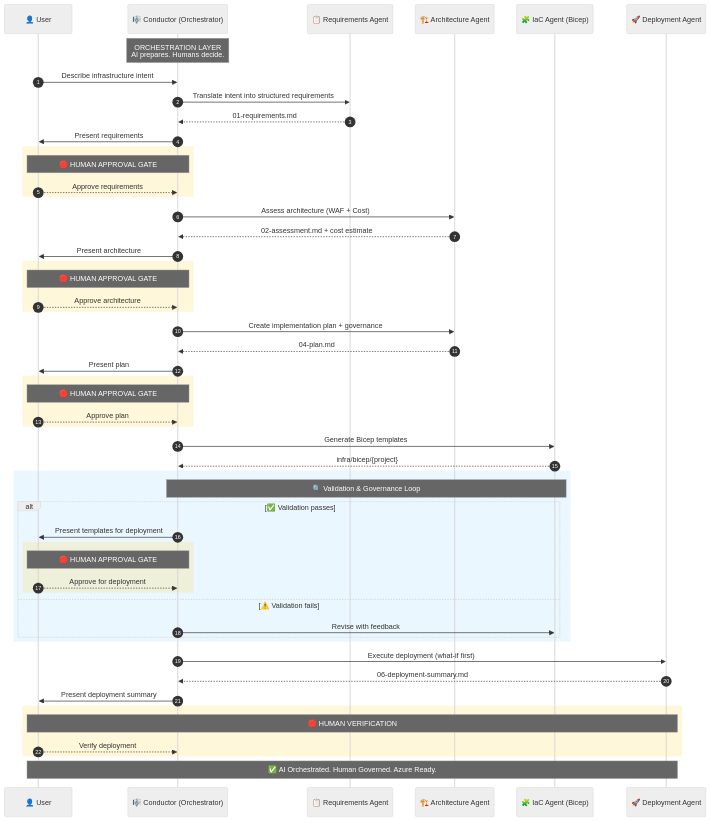
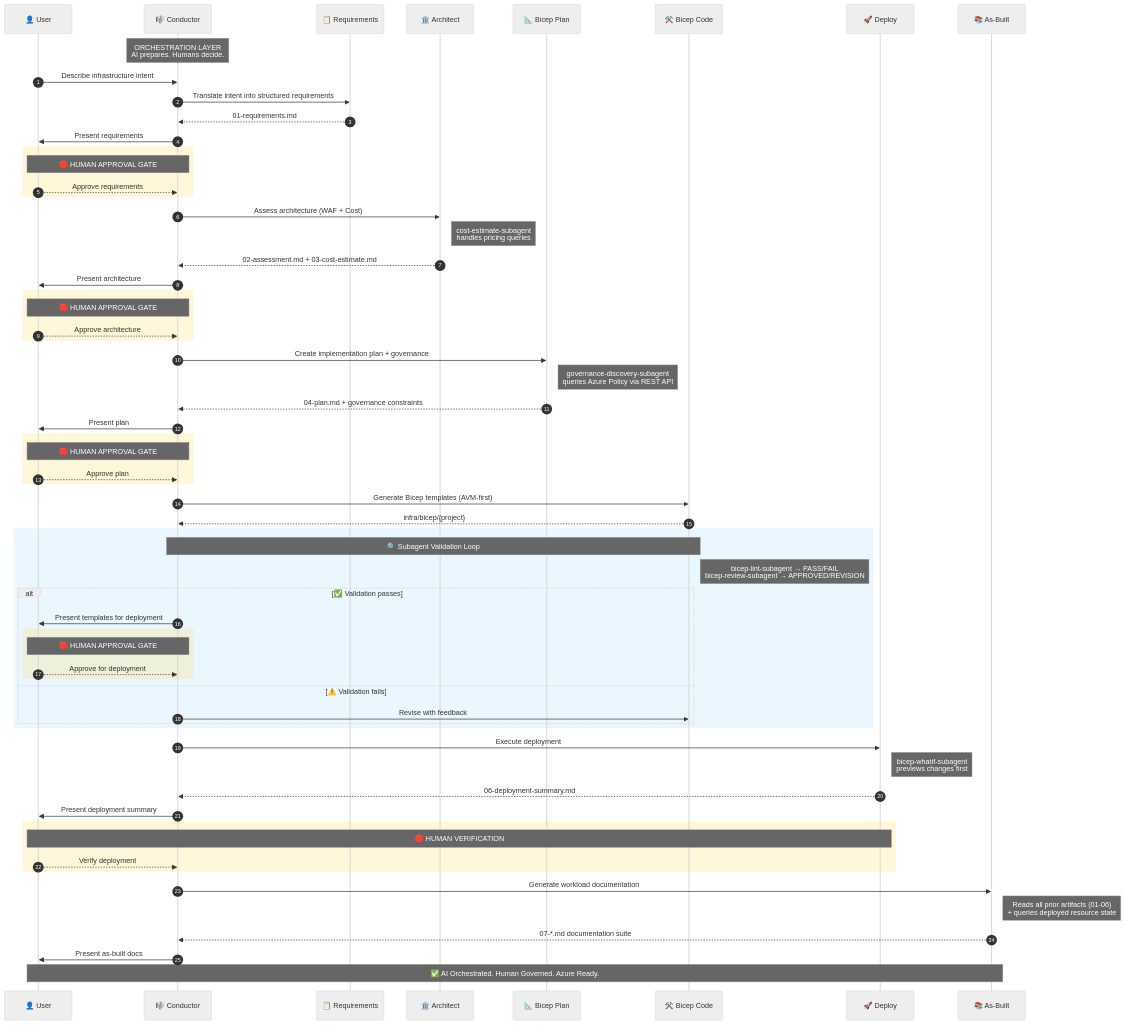
Before and after one commit to jonathan-vella/apex: the diagram in README.md, drawn with Mermaid (neutral theme). The commit also changed other lines of this file and 34 other files, not shown here.

````diff
--- a/README.md
+++ b/README.md
@@ -121,15 +121,17 @@
 sequenceDiagram
     autonumber
     participant U as 👤 User
-    participant C as 🎼 Conductor (Orchestrator)
-    participant R as 📋 Requirements Agent
-    participant A as 🏗️ Architecture Agent
-    participant B as 🧩 IaC Agent (Bicep)
-    participant D as 🚀 Deployment Agent
+    participant C as 🎼 Conductor
+    participant R as 📋 Requirements
+    participant A as 🏛️ Architect
+    participant P as 📐 Bicep Plan
+    participant B as ⚒️ Bicep Code
+    participant D as 🚀 Deploy
+    participant W as 📚 As-Built
 
     Note over C: ORCHESTRATION LAYER<br/>AI prepares. Humans decide.
 
-    %% --- Intent & Requirements ---
+    %% --- Step 1: Requirements ---
     U->>C: Describe infrastructure intent
     C->>R: Translate intent into structured requirements
     R-->>C: 01-requirements.md
@@ -140,9 +142,10 @@
     U-->>C: Approve requirements
     end
 
-    %% --- Architecture Assessment ---
+    %% --- Step 2: Architecture Assessment ---
     C->>A: Assess architecture (WAF + Cost)
-    A-->>C: 02-assessment.md + cost estimate
+    Note right of A: cost-estimate-subagent<br/>handles pricing queries
+    A-->>C: 02-assessment.md + 03-cost-estimate.md
     C->>U: Present architecture
 
     rect rgba(255, 200, 0, 0.15)
@@ -150,9 +153,10 @@
     U-->>C: Approve architecture
     end
 
-    %% --- Planning & Governance ---
-    C->>A: Create implementation plan + governance
-    A-->>C: 04-plan.md
+    %% --- Step 4: Planning & Governance ---
+    C->>P: Create implementation plan + governance
+    Note right of P: governance-discovery-subagent<br/>queries Azure Policy via REST API
+    P-->>C: 04-plan.md + governance constraints
     C->>U: Present plan
 
     rect rgba(255, 200, 0, 0.15)
@@ -160,13 +164,13 @@
     U-->>C: Approve plan
     end
 
-    %% --- IaC Generation ---
-    C->>B: Generate Bicep templates
+    %% --- Step 5: IaC Generation & Validation ---
+    C->>B: Generate Bicep templates (AVM-first)
     B-->>C: infra/bicep/{project}
 
-    %% --- Validation Loop ---
     rect rgba(0, 150, 255, 0.08)
-    Note over C,B: 🔍 Validation & Governance Loop
+    Note over C,B: 🔍 Subagent Validation Loop
+    Note right of B: bicep-lint-subagent → PASS/FAIL<br/>bicep-review-subagent → APPROVED/REVISION
     alt ✅ Validation passes
         C->>U: Present templates for deployment
         rect rgba(255, 200, 0, 0.15)
@@ -178,8 +182,9 @@
     end
     end
 
-    %% --- Deployment ---
-    C->>D: Execute deployment (what-if first)
+    %% --- Step 6: Deployment ---
+    C->>D: Execute deployment
+    Note right of D: bicep-whatif-subagent<br/>previews changes first
     D-->>C: 06-deployment-summary.md
     C->>U: Present deployment summary
 
@@ -188,5 +193,11 @@
     U-->>C: Verify deployment
     end
 
-    Note over U,D: ✅ AI Orchestrated. Human Governed. Azure Ready.
+    %% --- Step 7: As-Built Documentation ---
+    C->>W: Generate workload documentation
+    Note right of W: Reads all prior artifacts (01-06)<br/>+ queries deployed resource state
+    W-->>C: 07-*.md documentation suite
+    C->>U: Present as-built docs
+
+    Note over U,W: ✅ AI Orchestrated. Human Governed. Azure Ready.
 ```
````
